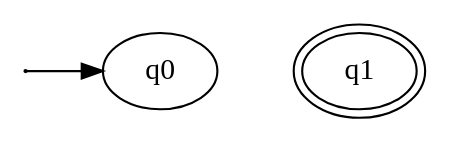
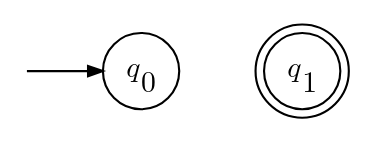
One commit to karlstroetmann/Formal-Languages changed the diagram in Lecture-Notes/Abbildungen/aLeer.dot. Above: the diagram before and after it, drawn with Graphviz. The commit also changed other lines of this file and 37 other files, not shown here.

```diff
--- a/Lecture-Notes/Abbildungen/aLeer.dot
+++ b/Lecture-Notes/Abbildungen/aLeer.dot
@@ -1,8 +1,15 @@
-digraph G {    
+digraph G {
+    // The labels use the font Latin Modern Math (from TeX Live), so they look
+    // like $q_0$, $A(r)$ and $\varepsilon$ in the lecture notes.
     rankdir=LR;
-    size = "5,7";
+    fontname="Latin Modern Math";
+    fontsize=14;
+    node [shape=circle, fixedsize=true, width=0.5,
+          fontname="Latin Modern Math", fontsize=14];
+    edge [fontname="Latin Modern Math", fontsize=14, arrowsize=0.7];
+    1 [shape=none, label="", width=0, height=0];
     1 -> q0;
-    1 [label="",width=0.00001,height=0.00001];
-    q0 -> q1 [style="invis"];
-    q1  [peripheries=2];
+    q0 [label=<𝑞<SUB>0</SUB>>];
+    q1 [label=<𝑞<SUB>1</SUB>>, shape=doublecircle];
+    q0 -> q1 [style=invis];
 }
```
